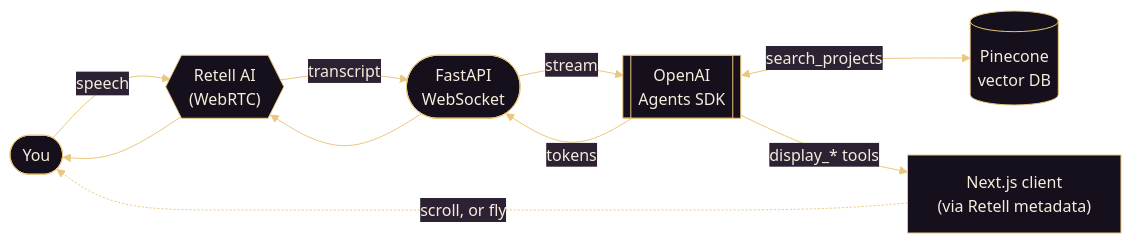
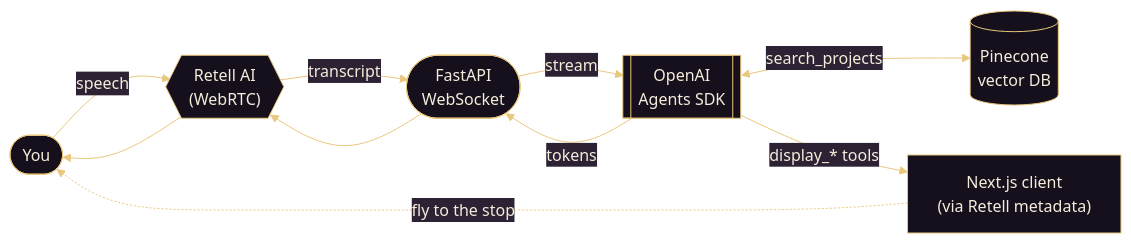
Before and after one commit to IdkwhatImD0ing/PortfolioV5: the second of 2 diagrams in README.md, drawn with Mermaid. The commit also changed other lines of this file and 118 other files, not shown here.

````diff
--- a/README.md
+++ b/README.md
@@ -134,11 +134,11 @@
 ```mermaid
 %%{init: {'theme':'base', 'themeVariables': {'primaryColor':'#15101b','primaryTextColor':'#f5ecdc','primaryBorderColor':'#e9c77e','lineColor':'#e9c77e','secondaryColor':'#2c2233','tertiaryColor':'#0e0c14','fontFamily':'Georgia, serif'}}}%%
 flowchart LR
   U(["You"]) -- "speech" --> R{{"Retell AI<br/>(WebRTC)"}}
   R -- "transcript" --> WS(["FastAPI<br/>WebSocket"])
   WS -- "stream" --> A[["OpenAI<br/>Agents SDK"]]
   A <-- "search_projects" --> P[("Pinecone<br/>vector DB")]
   A -- "display_* tools" --> N["Next.js client<br/>(via Retell metadata)"]
   A -- "tokens" --> WS --> R --> U
-  N -. "scroll, or fly" .-> U
+  N -. "fly to the stop" .-> U
 ```
````
